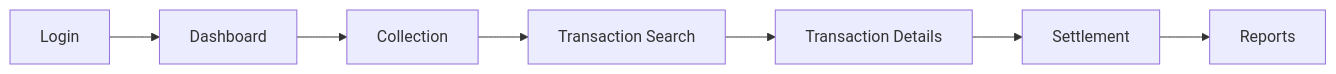
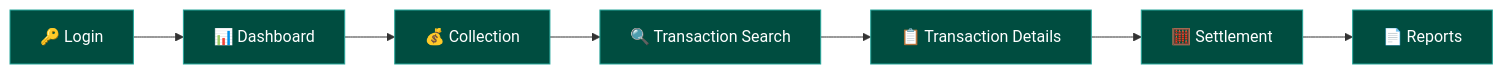
One commit to ghanendra-sdet/fintech-collection-engine changed the first of 6 diagrams in docs/architecture-and-flow.md. Above: the diagram before and after it, drawn with Mermaid. The commit also changed other lines of this file, not shown here.

Commit message:
docs: enhance architecture diagrams with semantic coloring and icons

````diff
--- a/docs/architecture-and-flow.md
+++ b/docs/architecture-and-flow.md
@@ -17,7 +17,10 @@
 ```mermaid
 flowchart LR
-    Login --> Dashboard --> Collection --> Search["Transaction Search"]
-    Search --> Details["Transaction Details"]
-    Details --> Settlement
-    Settlement --> Reports
+    Login["🔑 Login"] --> Dashboard["📊 Dashboard"] --> Collection["💰 Collection"] --> Search["🔍 Transaction Search"]
+    Search --> Details["📋 Transaction Details"]
+    Details --> Settlement["🧮 Settlement"]
+    Settlement --> Reports["📄 Reports"]
+
+    classDef service fill:#004d40,stroke:#26a69a,color:#fff
+    class Login,Dashboard,Collection,Search,Details,Settlement,Reports service
 ```
````
